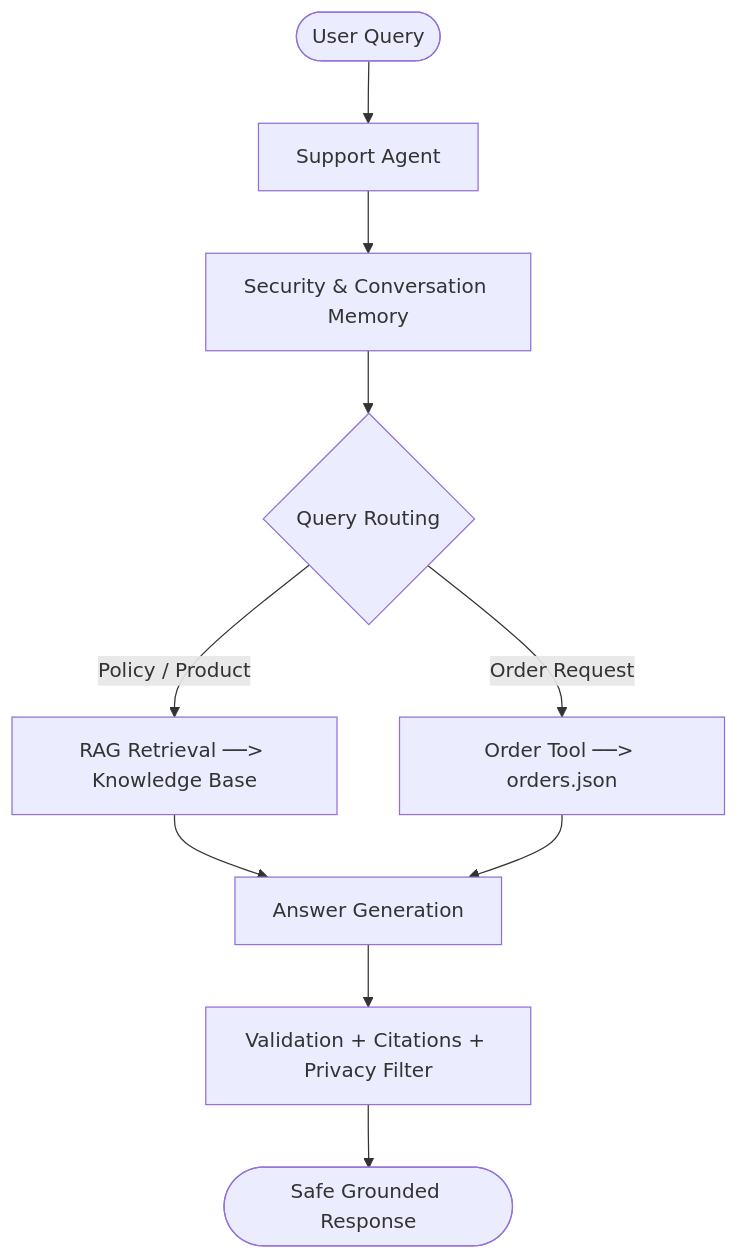
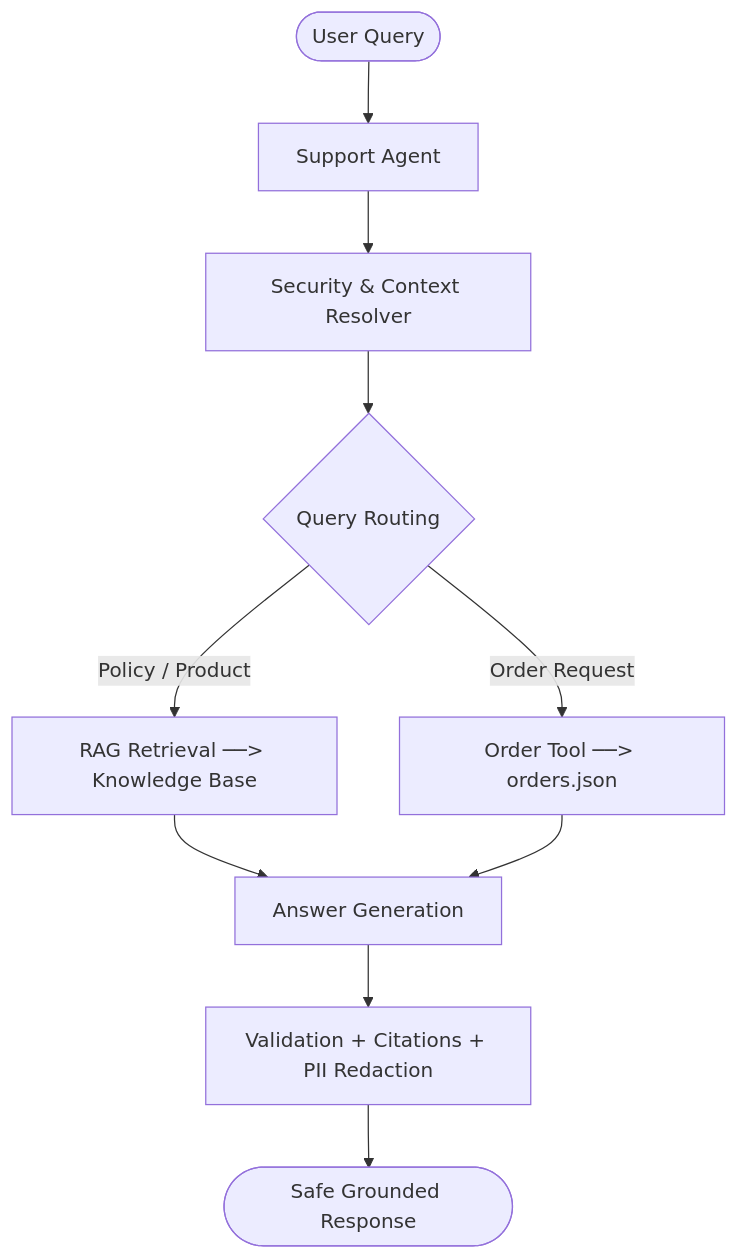
The diagram in README.md (Ashu4495/Reliable-RAG-Support-Agent), drawn with Mermaid before and after one commit. The commit also changed other lines of this file, not shown here.

````diff
--- a/README.md
+++ b/README.md
@@ -45,12 +75,12 @@
 ```mermaid
 flowchart TD
     User([User Query]) --> Agent[Support Agent]
-    Agent --> Sec[Security & Conversation Memory]
+    Agent --> Sec[Security & Context Resolver]
     Sec --> Router{Query Routing}
     Router -- Policy / Product --> RAG[RAG Retrieval ──> Knowledge Base]
     Router -- Order Request --> Tool[Order Tool ──> orders.json]
     RAG --> Gen[Answer Generation]
     Tool --> Gen
-    Gen --> Post[Validation + Citations + Privacy Filter]
+    Gen --> Post[Validation + Citations + PII Redaction]
     Post --> Resp([Safe Grounded Response])
 ```
````
